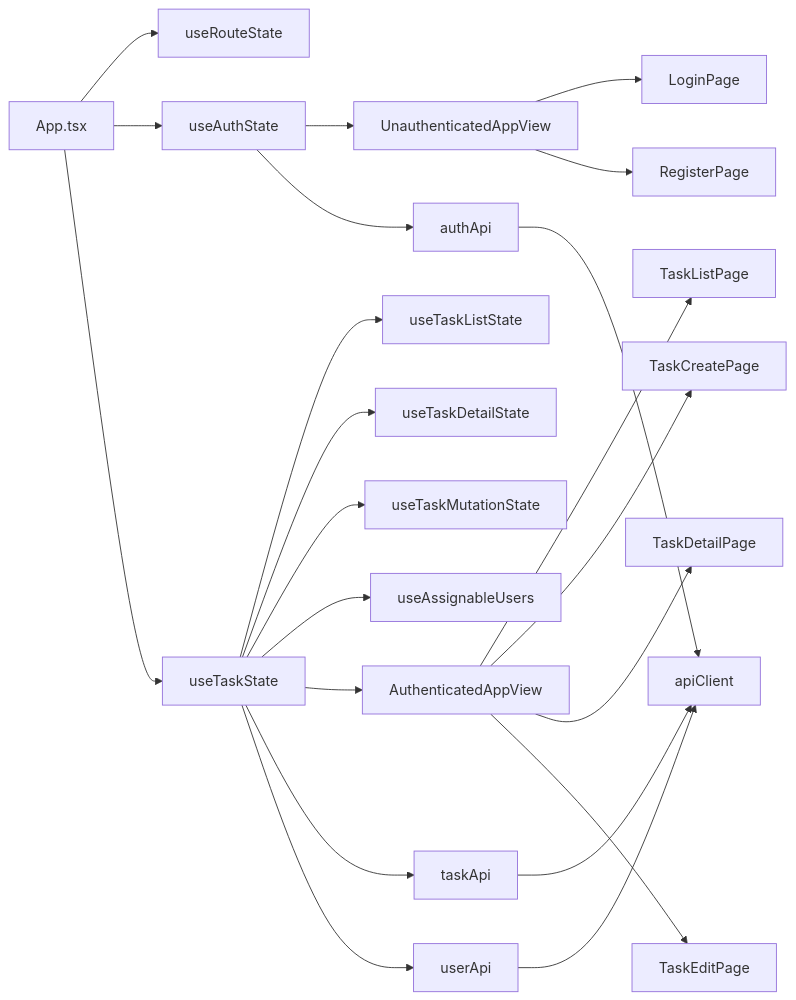
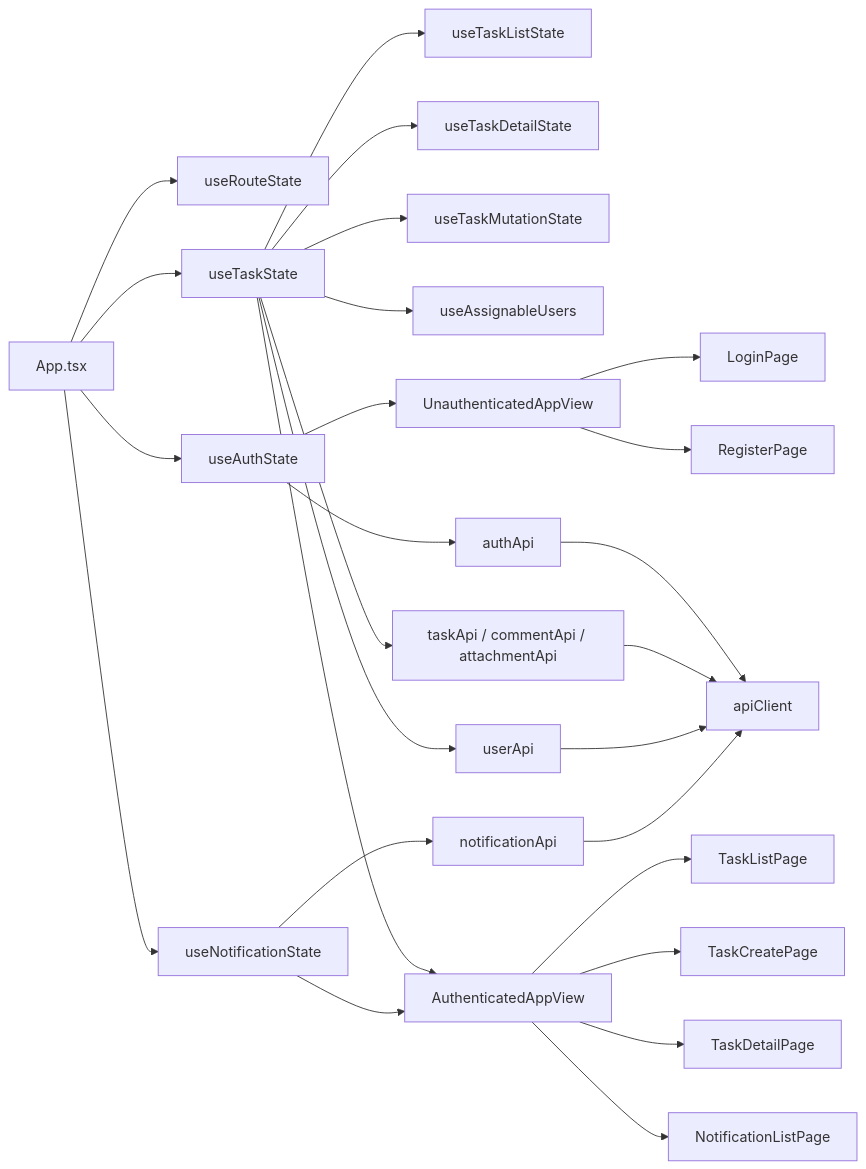
One commit to kitune-udon/task-manager-app changed the diagram in docs/01_設計/14_フロントエンド設計書.md. Above: the diagram before and after it, drawn with Mermaid. The commit also changed other lines of this file and 36 other files, not shown here.

````diff
--- a/docs/01_設計/14_フロントエンド設計書.md
+++ b/docs/01_設計/14_フロントエンド設計書.md
@@ -44,29 +30,33 @@
 ```mermaid
 flowchart LR
     A["App.tsx"] --> B["useRouteState"]
     A --> C["useAuthState"]
     A --> D["useTaskState"]
+    A --> Q["useNotificationState"]
     D --> D1["useTaskListState"]
     D --> D2["useTaskDetailState"]
     D --> D3["useTaskMutationState"]
     D --> D4["useAssignableUsers"]
 
     C --> E["UnauthenticatedAppView"]
     D --> F["AuthenticatedAppView"]
+    Q --> F
 
     E --> G["LoginPage"]
     E --> H["RegisterPage"]
 
     F --> I["TaskListPage"]
     F --> J["TaskCreatePage"]
     F --> K["TaskDetailPage"]
-    F --> L["TaskEditPage"]
+    F --> L["NotificationListPage"]
 
     C --> M["authApi"]
-    D --> N["taskApi"]
+    D --> N["taskApi / commentApi / attachmentApi"]
     D --> O["userApi"]
+    Q --> R["notificationApi"]
 
     M --> P["apiClient"]
     N --> P
     O --> P
+    R --> P
 ```
````
